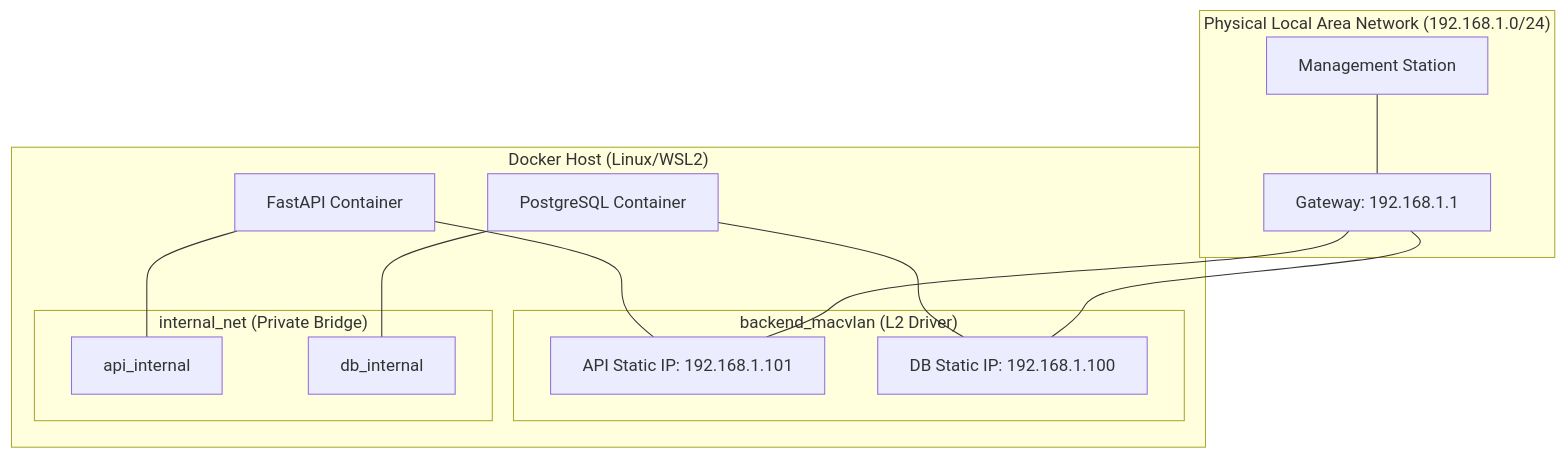
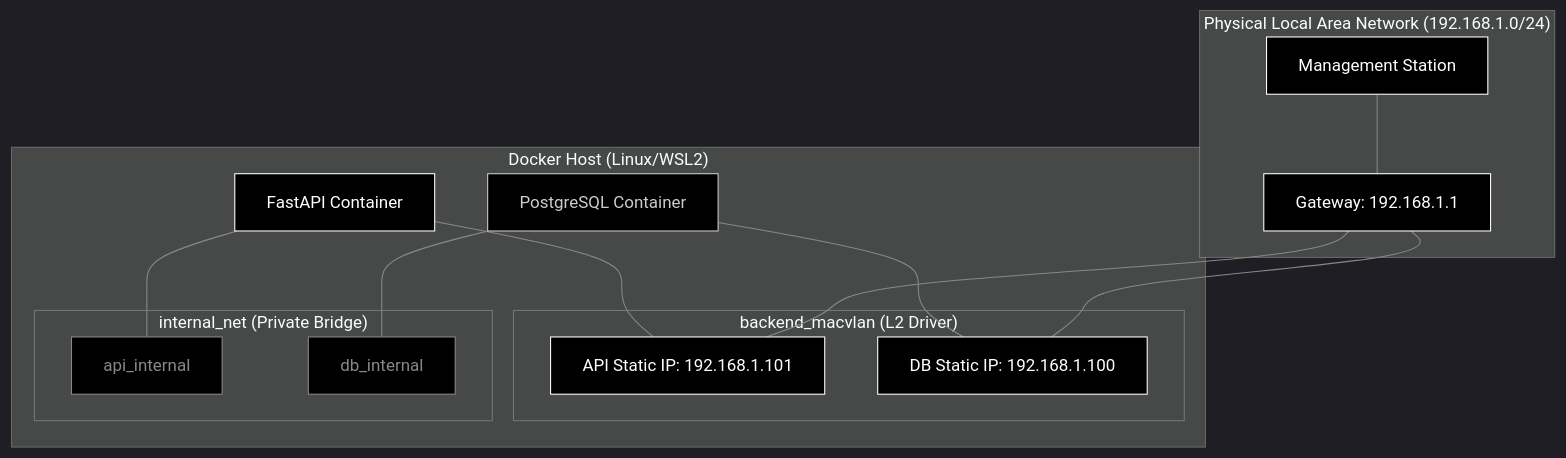
One commit to Srijato-05/DevOps-Theory-Lab changed the first of 2 diagrams in Project Assignment/README.md. Above: the diagram before and after it, drawn with Mermaid. The commit also changed other lines of this file and 3 other files, not shown here.

````diff
--- a/Project Assignment/README.md
+++ b/Project Assignment/README.md
@@ -14,31 +14,41 @@
 ```mermaid
+%%{init: {'theme': 'dark', 'themeVariables': { 'primaryColor': '#000', 'primaryTextColor': '#fff', 'primaryBorderColor': '#fff', 'lineColor': '#888'}}}%%
 graph TD
     subgraph LAN ["Physical Local Area Network (192.168.1.0/24)"]
         Router[Gateway: 192.168.1.1]
         Desktop[Management Station]
     end
 
     subgraph Host ["Docker Host (Linux/WSL2)"]
         subgraph Net_Macvlan ["backend_macvlan (L2 Driver)"]
             API_Ext["API Static IP: 192.168.1.101"]
             DB_Ext["DB Static IP: 192.168.1.100"]
         end
         
         subgraph Net_Bridge ["internal_net (Private Bridge)"]
             API_Int["api_internal"]
             DB_Int["db_internal"]
         end
 
         API_Cont[FastAPI Container]
         DB_Cont[PostgreSQL Container]
 
         API_Cont --- API_Ext
         API_Cont --- API_Int
         DB_Cont --- DB_Ext
         DB_Cont --- DB_Int
     end
 
     Desktop --- Router
     Router --- API_Ext
     Router --- DB_Ext
+
+    style Router fill:#000,stroke:#fff,color:#fff
+    style Desktop fill:#000,stroke:#fff,color:#fff
+    style API_Cont fill:#000,stroke:#fff,color:#fff
+    style DB_Cont fill:#000,stroke:#ccc,color:#ccc
+    style API_Ext fill:#000,stroke:#fff,color:#fff
+    style DB_Ext fill:#000,stroke:#fff,color:#fff
+    style API_Int fill:#000,stroke:#888,color:#888
+    style DB_Int fill:#000,stroke:#888,color:#888
 ```
````
